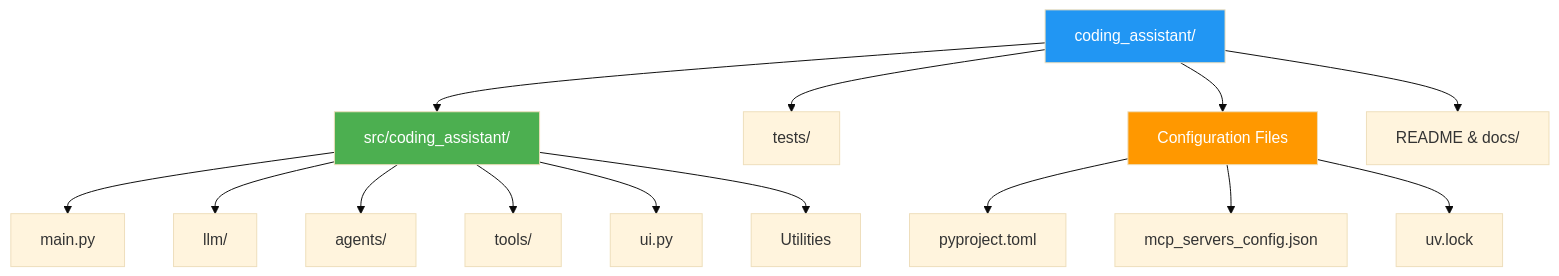
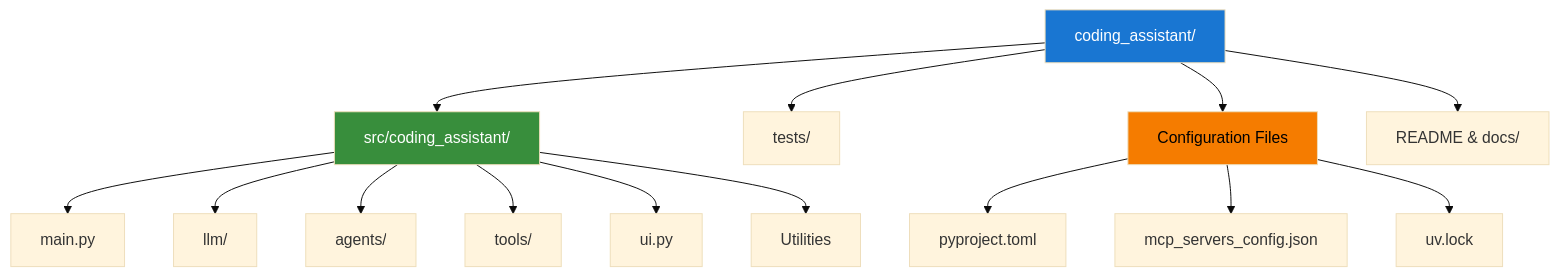
The first of 15 diagrams in docs-content/01_frameworks/Session1_ModuleD_Coding_Assistant_Case_Study.md (fwornle/agentic-ai-nano), drawn with Mermaid (base theme) before and after one commit. The commit also changed other lines of this file, not shown here.

````diff
--- a/docs-content/01_frameworks/Session1_ModuleD_Coding_Assistant_Case_Study.md
+++ b/docs-content/01_frameworks/Session1_ModuleD_Coding_Assistant_Case_Study.md
@@ -35,22 +35,22 @@
 ```mermaid
 graph TD
     ROOT[coding_assistant/] --> SRC[src/coding_assistant/]
     ROOT --> TESTS[tests/]
     ROOT --> CONFIG[Configuration Files]
     ROOT --> DOCS[README & docs/]
     
     CONFIG --> PY[pyproject.toml]
     CONFIG --> MCP[mcp_servers_config.json]
     CONFIG --> UV[uv.lock]
     
     SRC --> MAIN[main.py]
     SRC --> LLM[llm/]
     SRC --> AGENTS[agents/]
     SRC --> TOOLS[tools/]
     SRC --> UI[ui.py]
     SRC --> UTILS[Utilities]
     
-    style ROOT fill:#2196F3,color:#ffffff
-    style SRC fill:#4CAF50,color:#ffffff
-    style CONFIG fill:#FF9800,color:#ffffff
+    style ROOT fill:#1976D2,color:#ffffff
+    style SRC fill:#388E3C,color:#ffffff
+    style CONFIG fill:#F57C00,color:#000000
 ```
````
